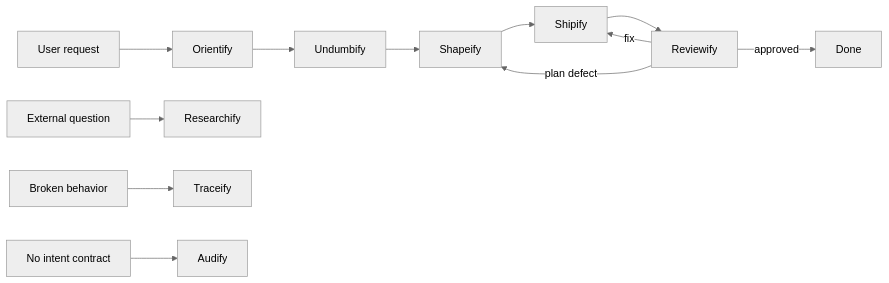
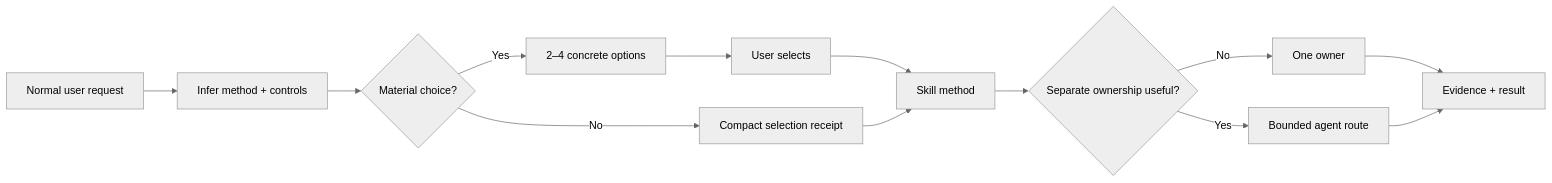
Before and after one commit to trykA123/skillify: the first of 3 diagrams in README.md, drawn with Mermaid (neutral theme). The commit also changed other lines of this file and 93 other files, not shown here.

````diff
--- a/README.md
+++ b/README.md
@@ -56,15 +47,15 @@
 ```mermaid
 flowchart LR
-    U[User request] --> O[Orientify]
-    O --> I[Undumbify]
-    I --> P[Shapeify]
-    P --> W[Shipify]
-    W --> R[Reviewify]
-    R -->|fix| W
-    R -->|plan defect| P
-    R -->|approved| D[Done]
-
-    X[External question] --> RE[Researchify]
-    B[Broken behavior] --> T[Traceify]
-    A[No intent contract] --> AU[Audify]
+    U[Normal user request] --> I[Infer method + controls]
+    I --> C{Material choice?}
+    C -->|Yes| O[2–4 concrete options]
+    C -->|No| R[Compact selection receipt]
+    O --> S[User selects]
+    S --> M[Skill method]
+    R --> M
+    M --> A{Separate ownership useful?}
+    A -->|No| Solo[One owner]
+    A -->|Yes| Fleet[Bounded agent route]
+    Solo --> Proof[Evidence + result]
+    Fleet --> Proof
 ```
````
